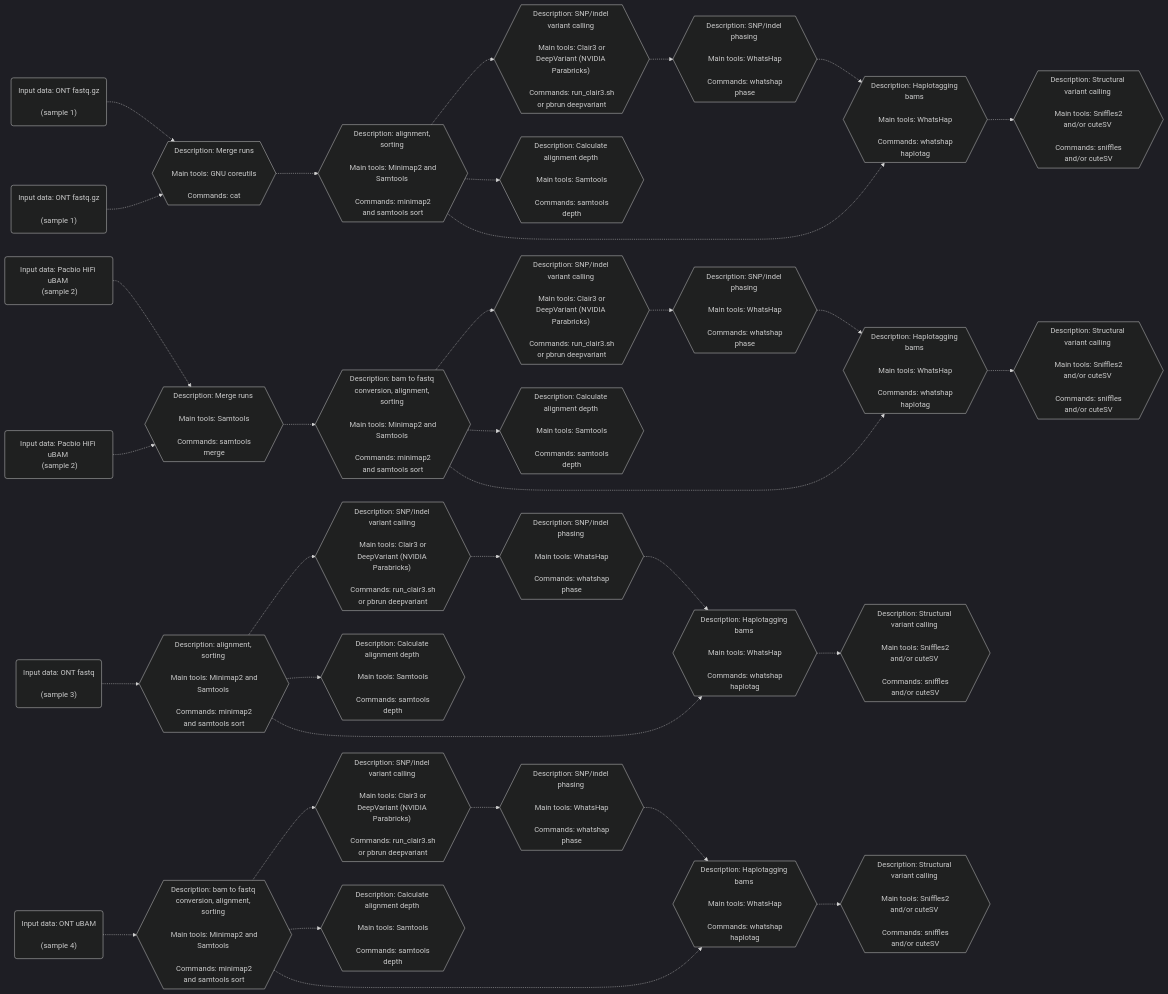
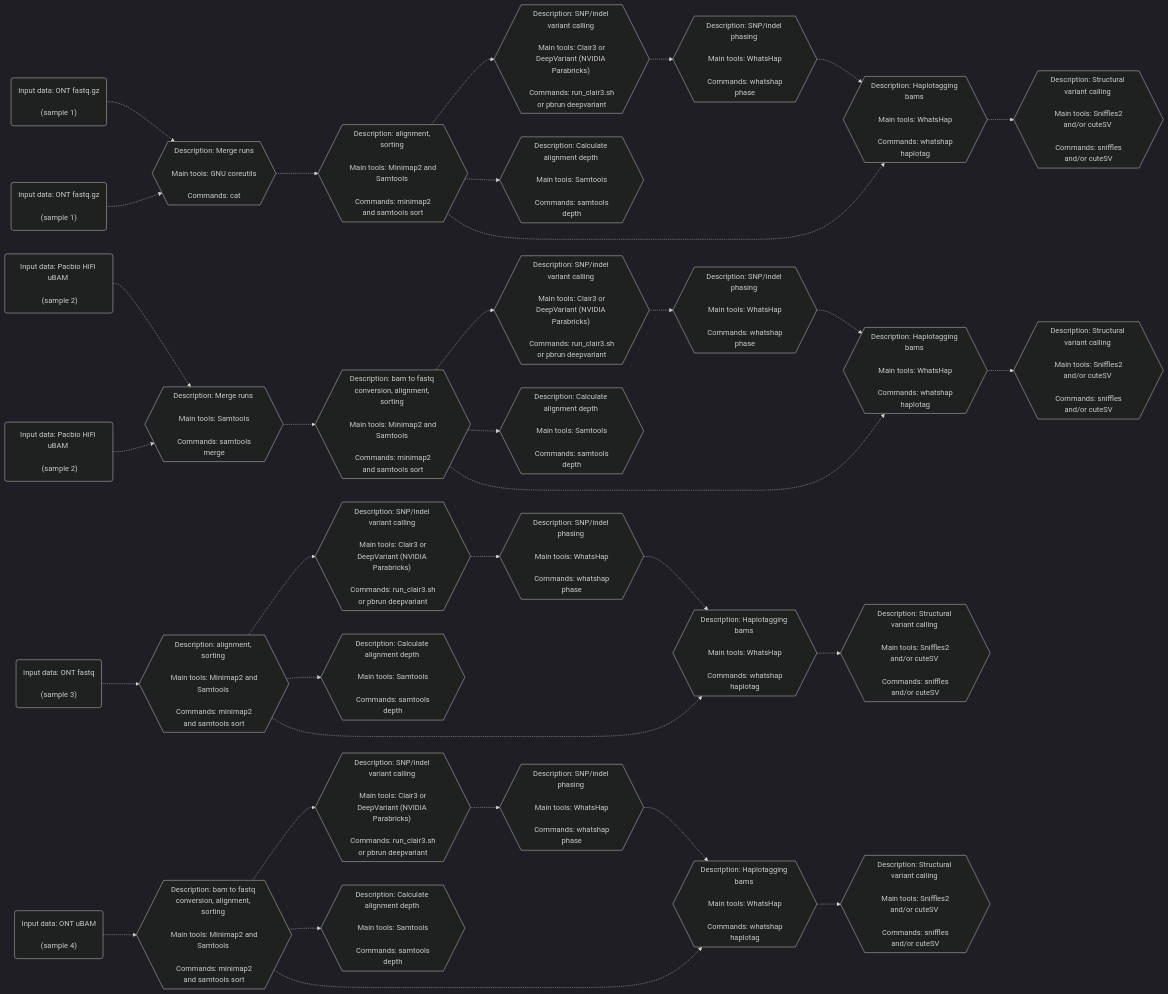
One commit to leahkemp/pipeface changed the second of 2 diagrams in README.md. Above: the diagram before and after it, drawn with Mermaid.

````diff
--- a/README.md
+++ b/README.md
@@ -37,63 +37,63 @@
 ```mermaid
 %%{init: {'theme':'dark'}}%%
 flowchart LR
 
 ont_data_f1("Input data: ONT fastq.gz \n\n (sample 1)")
 ont_data_f2("Input data: ONT fastq.gz \n\n (sample 1)")
-pacbio_data_f3("Input data: Pacbio HiFi uBAM \n (sample 2)")
-pacbio_data_f4("Input data: Pacbio HiFi uBAM \n (sample 2)")
+pacbio_data_f3("Input data: Pacbio HiFi uBAM \n\n (sample 2)")
+pacbio_data_f4("Input data: Pacbio HiFi uBAM \n\n (sample 2)")
 ont_data_f5("Input data: ONT fastq \n\n (sample 3)")
 ont_data_f6("Input data: ONT uBAM \n\n (sample 4)")
 
 merging_m1{{"Description: Merge runs \n\n Main tools: GNU coreutils \n\n Commands: cat"}}
 merging_m2{{"Description: Merge runs \n\n Main tools: Samtools \n\n Commands: samtools merge"}}
 
 alignment_s1{{"Description: alignment, sorting \n\n Main tools: Minimap2 and Samtools \n\n Commands: minimap2 and samtools sort"}}
 alignment_s2{{"Description: alignment, sorting \n\n Main tools: Minimap2 and Samtools \n\n Commands: minimap2 and samtools sort"}}
 alignment_s3{{"Description: bam to fastq conversion, alignment, sorting \n\n Main tools: Minimap2 and Samtools \n\n Commands: minimap2 and samtools sort"}}
 alignment_s4{{"Description: bam to fastq conversion, alignment, sorting \n\n Main tools: Minimap2 and Samtools \n\n Commands: minimap2 and samtools sort"}}
 
 depth_s1{{"Description: Calculate alignment depth \n\n Main tools: Samtools \n\n Commands: samtools depth"}}
 depth_s2{{"Description: Calculate alignment depth \n\n Main tools: Samtools \n\n Commands: samtools depth"}}
 depth_s3{{"Description: Calculate alignment depth \n\n Main tools: Samtools \n\n Commands: samtools depth"}}
 depth_s4{{"Description: Calculate alignment depth \n\n Main tools: Samtools \n\n Commands: samtools depth"}}
 
 snp_indel_calling_s1{{"Description: SNP/indel variant calling \n\n Main tools: Clair3 or DeepVariant (NVIDIA Parabricks) \n\n Commands: run_clair3.sh or pbrun deepvariant"}}
 snp_indel_calling_s2{{"Description: SNP/indel variant calling \n\n Main tools: Clair3 or DeepVariant (NVIDIA Parabricks) \n\n Commands: run_clair3.sh or pbrun deepvariant"}}
 snp_indel_calling_s3{{"Description: SNP/indel variant calling \n\n Main tools: Clair3 or DeepVariant (NVIDIA Parabricks) \n\n Commands: run_clair3.sh or pbrun deepvariant"}}
 snp_indel_calling_s4{{"Description: SNP/indel variant calling \n\n Main tools: Clair3 or DeepVariant (NVIDIA Parabricks) \n\n Commands: run_clair3.sh or pbrun deepvariant"}}
 
 snp_indel_phasing_s1{{"Description: SNP/indel phasing \n\n Main tools: WhatsHap \n\n Commands: whatshap phase"}}
 snp_indel_phasing_s2{{"Description: SNP/indel phasing \n\n Main tools: WhatsHap \n\n Commands: whatshap phase"}}
 snp_indel_phasing_s3{{"Description: SNP/indel phasing \n\n Main tools: WhatsHap \n\n Commands: whatshap phase"}}
 snp_indel_phasing_s4{{"Description: SNP/indel phasing \n\n Main tools: WhatsHap \n\n Commands: whatshap phase"}}
 
 haplotagging_s1{{"Description: Haplotagging bams \n\n Main tools: WhatsHap \n\n Commands: whatshap haplotag"}}
 haplotagging_s2{{"Description: Haplotagging bams \n\n Main tools: WhatsHap \n\n Commands: whatshap haplotag"}}
 haplotagging_s3{{"Description: Haplotagging bams \n\n Main tools: WhatsHap \n\n Commands: whatshap haplotag"}}
 haplotagging_s4{{"Description: Haplotagging bams \n\n Main tools: WhatsHap \n\n Commands: whatshap haplotag"}}
 
 sv_calling_s1{{"Description: Structural variant calling \n\n Main tools: Sniffles2 and/or cuteSV \n\n Commands: sniffles and/or cuteSV"}}
 sv_calling_s2{{"Description: Structural variant calling \n\n Main tools: Sniffles2 and/or cuteSV \n\n Commands: sniffles and/or cuteSV"}}
 sv_calling_s3{{"Description: Structural variant calling \n\n Main tools: Sniffles2 and/or cuteSV \n\n Commands: sniffles and/or cuteSV"}}
 sv_calling_s4{{"Description: Structural variant calling \n\n Main tools: Sniffles2 and/or cuteSV \n\n Commands: sniffles and/or cuteSV"}}
 
 ont_data_f1-.->merging_m1-.->alignment_s1-.->snp_indel_calling_s1-.->snp_indel_phasing_s1-.->haplotagging_s1-.->sv_calling_s1
 ont_data_f2-.->merging_m1
 ont_data_f5-.->alignment_s2-.->snp_indel_calling_s2-.->snp_indel_phasing_s2-.->haplotagging_s2-.->sv_calling_s2
 ont_data_f6-.->alignment_s3-.->snp_indel_calling_s3-.->snp_indel_phasing_s3-.->haplotagging_s3-.->sv_calling_s3
 
 pacbio_data_f3-.->merging_m2-.->alignment_s4-.->snp_indel_calling_s4-.->snp_indel_phasing_s4-.->haplotagging_s4-.->sv_calling_s4
 pacbio_data_f4-.->merging_m2
 
 alignment_s1-.->depth_s1
 alignment_s2-.->depth_s2
 alignment_s3-.->depth_s3
 alignment_s4-.->depth_s4
 
 alignment_s1-.->haplotagging_s1
 alignment_s2-.->haplotagging_s2
 alignment_s3-.->haplotagging_s3
 alignment_s4-.->haplotagging_s4
 
 ```
````
